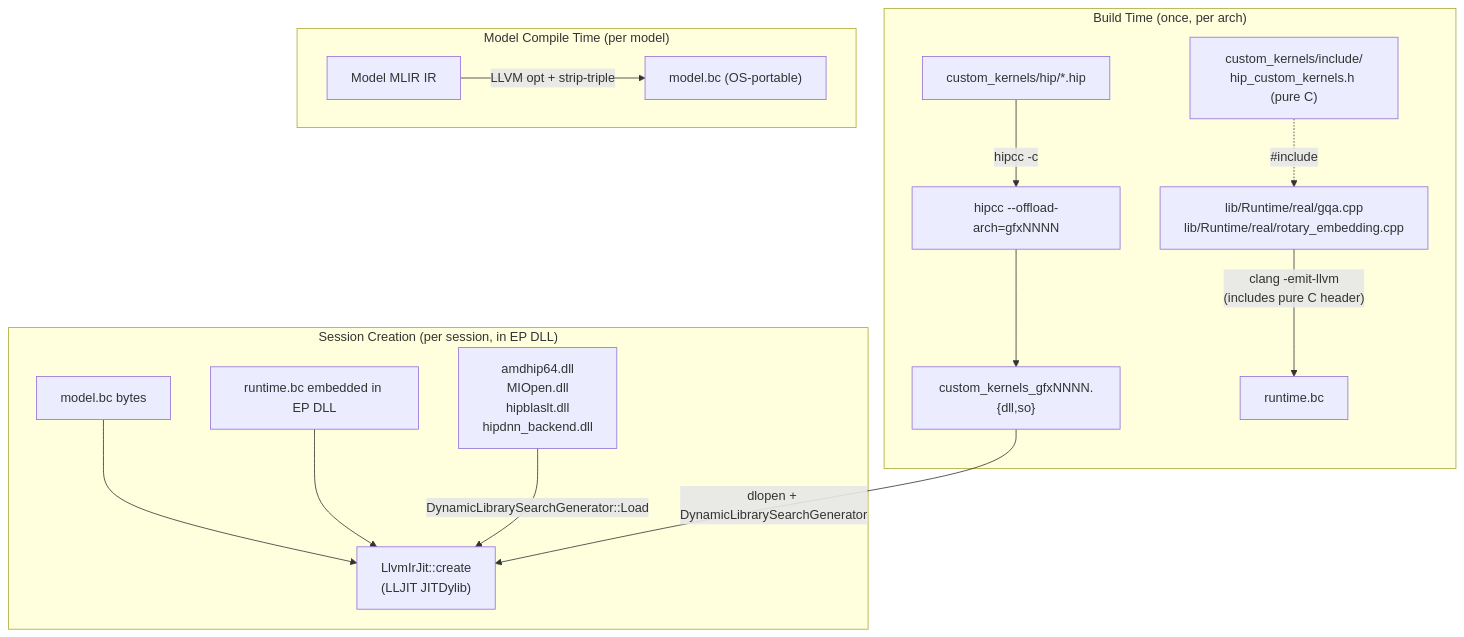
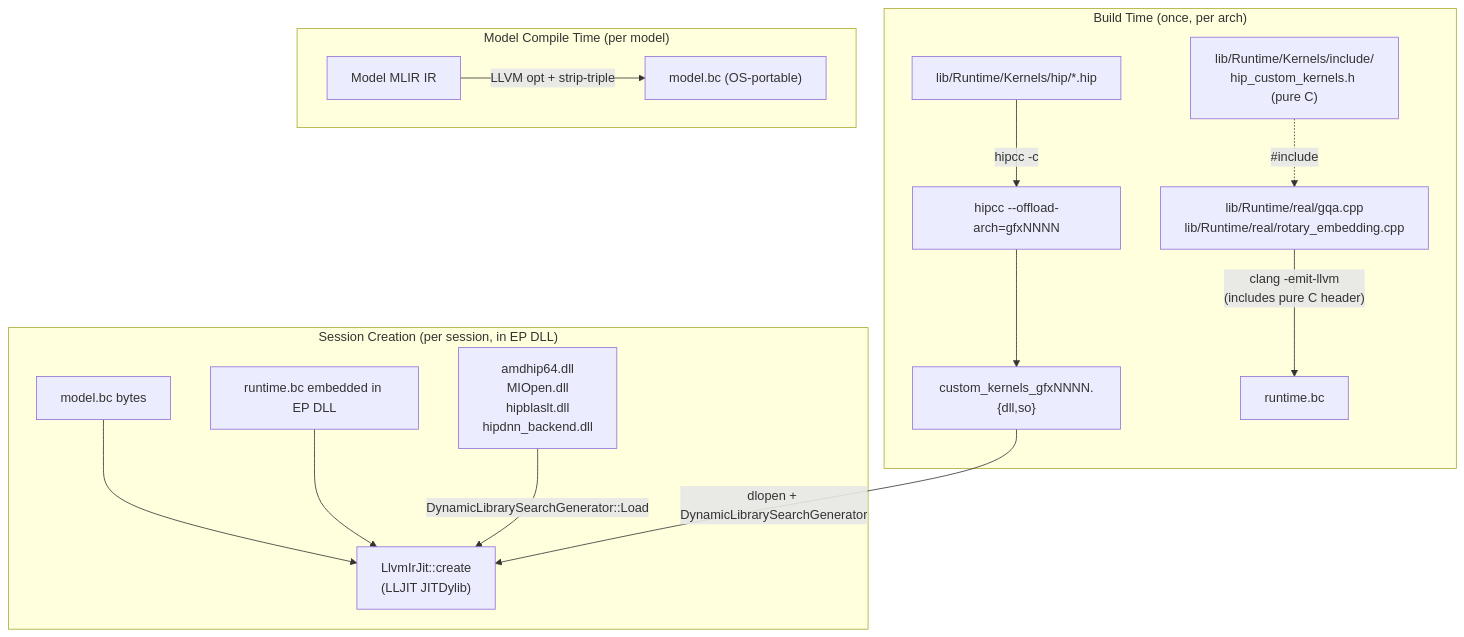
Before and after one commit to ROCm/hip-ep: the diagram in docs/design/custom_kernel_design.md, drawn with Mermaid. The commit also changed other lines of this file and 61 other files, not shown here.

First line of the commit message:
refactor(hip): relocate custom GPU kernels from 3rd-party/ to lib/Runtime/Kernels

````diff
--- a/docs/design/custom_kernel_design.md
+++ b/docs/design/custom_kernel_design.md
@@ -11,31 +11,31 @@
 ```mermaid
 flowchart TD
     subgraph buildTime ["Build Time (once, per arch)"]
-        HIP["custom_kernels/hip/*.hip"]
+        HIP["lib/Runtime/Kernels/hip/*.hip"]
         HIPCC["hipcc --offload-arch=gfxNNNN"]
         KSO["custom_kernels_gfxNNNN.{dll,so}"]
         HIP -->|"hipcc -c"| HIPCC --> KSO
 
         RT["lib/Runtime/real/gqa.cpp\nlib/Runtime/real/rotary_embedding.cpp"]
-        HDR["custom_kernels/include/\nhip_custom_kernels.h (pure C)"]
+        HDR["lib/Runtime/Kernels/include/\nhip_custom_kernels.h (pure C)"]
         BC["runtime.bc"]
         RT -->|"clang -emit-llvm\n(includes pure C header)"| BC
         HDR -.->|"#include"| RT
     end
 
     subgraph modelCompile ["Model Compile Time (per model)"]
         MIR["Model MLIR IR"]
         BCOUT["model.bc (OS-portable)"]
         MIR -->|"LLVM opt + strip-triple"| BCOUT
     end
 
     subgraph runtime ["Session Creation (per session, in EP DLL)"]
         BCIN["model.bc bytes"]
         EMBED["runtime.bc embedded in EP DLL"]
         JIT["LlvmIrJit::create\n(LLJIT JITDylib)"]
         BCIN --> JIT
         EMBED --> JIT
         KSO -->|"dlopen + DynamicLibrarySearchGenerator"| JIT
         ROCM["amdhip64.dll\nMIOpen.dll\nhipblaslt.dll\nhipdnn_backend.dll"] -->|"DynamicLibrarySearchGenerator::Load"| JIT
     end
 ```
````
